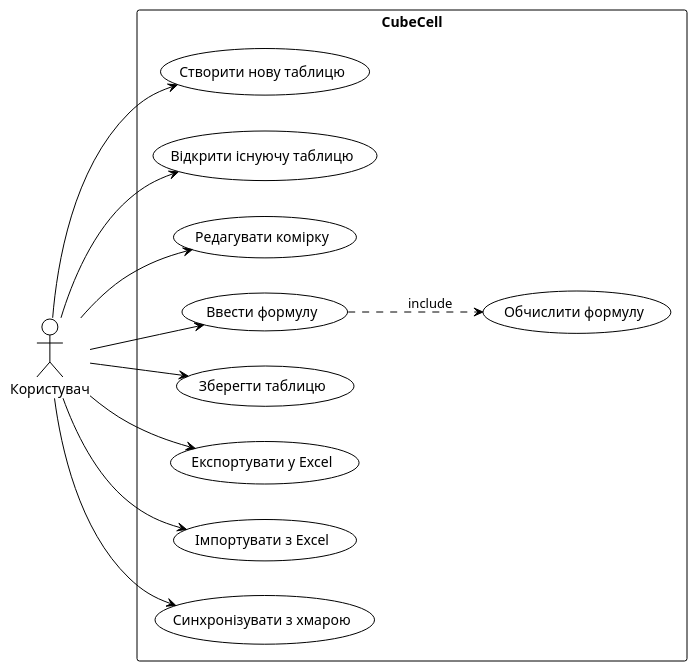
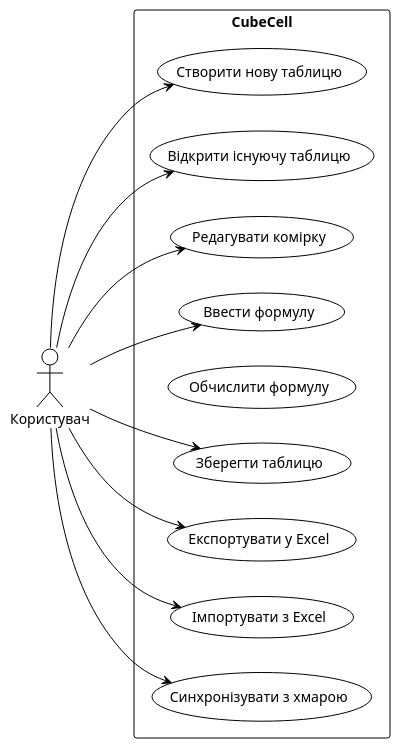
One commit to Pichus/cubecell changed the diagram in docs/usecase.puml. Above: the diagram before and after it, drawn with PlantUML. The commit also changed 3 other files, not shown here.

```diff
--- a/docs/usecase.puml
+++ b/docs/usecase.puml
@@ -1,30 +1,28 @@
 @startuml
 !theme plain
 left to right direction
 
 actor "Користувач" as user
 
 rectangle "CubeCell" {
     usecase "Створити нову таблицю" as UC_CreateSheet
     usecase "Відкрити існуючу таблицю" as UC_OpenSheet
     usecase "Редагувати комірку" as UC_EditCell
     usecase "Ввести формулу" as UC_EnterFormula
     usecase "Обчислити формулу" as UC_CalculateFormula
     usecase "Зберегти таблицю" as UC_SaveSheet
     usecase "Експортувати у Excel" as UC_ExportExcel
     usecase "Імпортувати з Excel" as UC_ImportExcel
     usecase "Синхронізувати з хмарою" as UC_SyncCloud
 }
 
 user --> UC_CreateSheet
 user --> UC_OpenSheet
 user --> UC_EditCell
 user --> UC_EnterFormula
 user --> UC_SaveSheet
 user --> UC_ExportExcel
 user --> UC_ImportExcel
 user --> UC_SyncCloud
 
-UC_EnterFormula ..> UC_CalculateFormula : «include»
-
 @enduml
```
